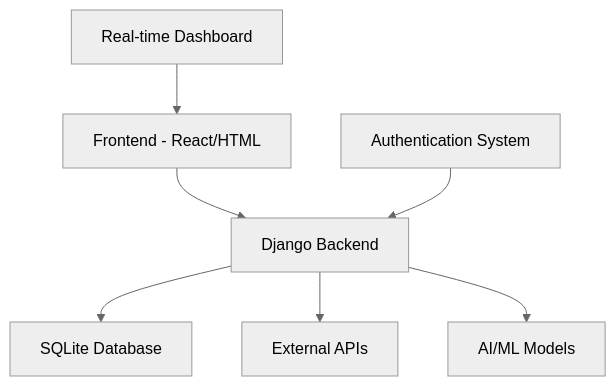
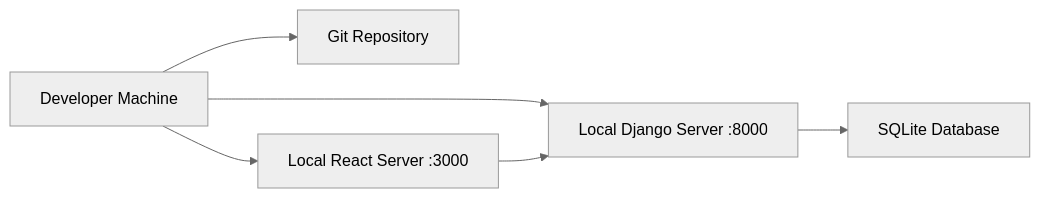
One commit to Ankit500ak/AirAware changed the ninth of 11 diagrams in README.md. Above: the diagram before and after it, drawn with Mermaid (neutral theme). The commit also changed other lines of this file, not shown here.

````diff
--- a/README.md
+++ b/README.md
@@ -35,9 +433,8 @@
 ```mermaid
-graph TB
-    A[Frontend - React/HTML] --> B[Django Backend]
-    B --> C[SQLite Database]
-    B --> D[External APIs]
-    B --> E[AI/ML Models]
-    F[Authentication System] --> B
-    G[Real-time Dashboard] --> A
+graph LR
+    A[Developer Machine] --> B[Git Repository]
+    A --> C[Local Django Server :8000]
+    A --> D[Local React Server :3000]
+    C --> E[SQLite Database]
+    D --> C
 ```
````
